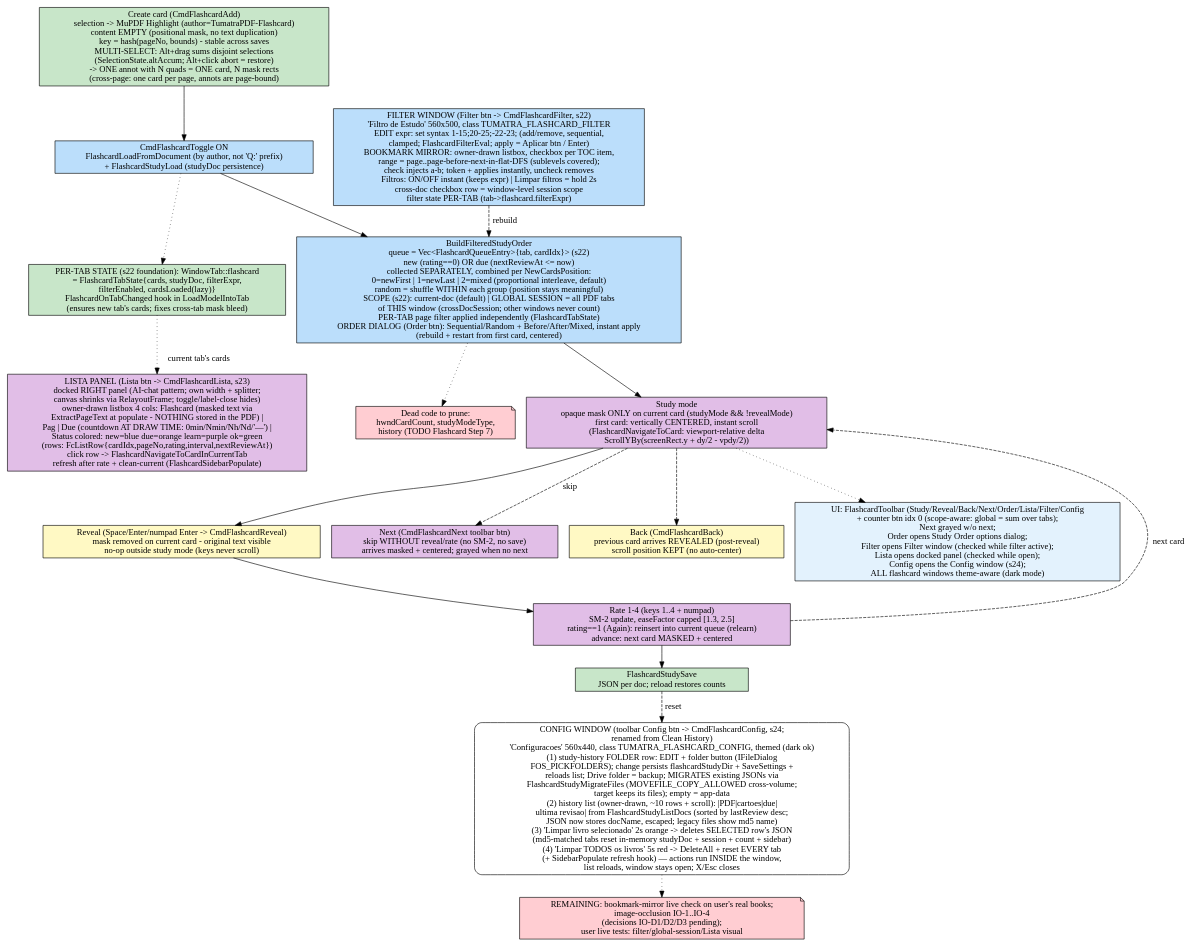
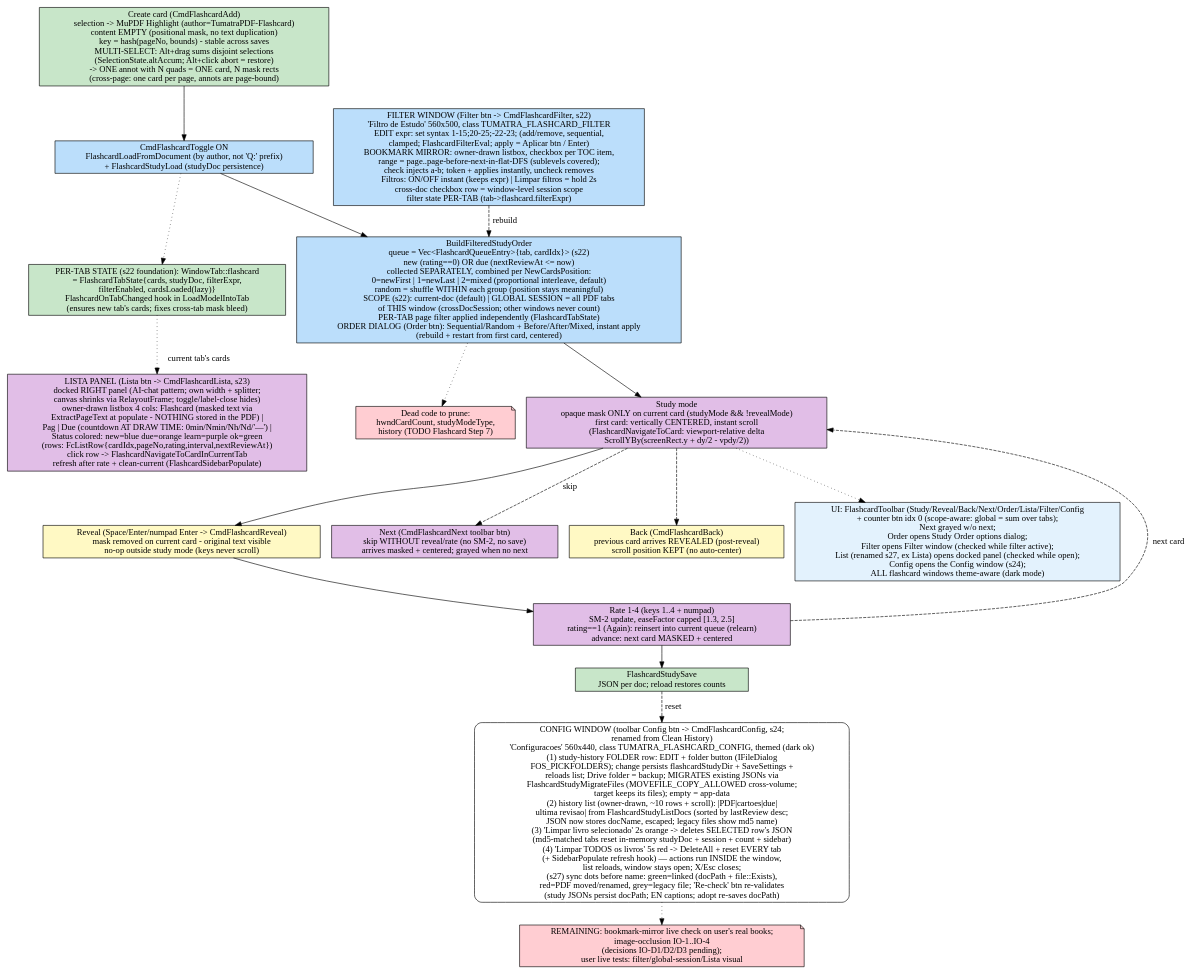
One commit to FelipeTesta/TumatraPDF changed the diagram in FLOW/flashcard.dot. Above: the diagram before and after it, drawn with Graphviz. The commit also changed 16 other files, not shown here.

First line of the commit message:
feat(flashcard): sync markers + Re-check + context-aware trim lines (s27+s28)

```diff
--- a/FLOW/flashcard.dot
+++ b/FLOW/flashcard.dot
@@ -1,37 +1,37 @@
 digraph Flashcard {
     rankdir=TB;
     node [shape=box, style=rounded];
 
     create [label="Create card (CmdFlashcardAdd)\nselection -> MuPDF Highlight (author=TumatraPDF-Flashcard)\ncontent EMPTY (positional mask, no text duplication)\nkey = hash(pageNo, bounds) - stable across saves\nMULTI-SELECT: Alt+drag sums disjoint selections\n(SelectionState.altAccum; Alt+click abort = restore)\n-> ONE annot with N quads = ONE card, N mask rects\n(cross-page: one card per page, annots are page-bound)", fillcolor="#c8e6c9", style=filled];
     load [label="CmdFlashcardToggle ON\nFlashcardLoadFromDocument (by author, not 'Q:' prefix)\n+ FlashcardStudyLoad (studyDoc persistence)", fillcolor="#bbdefb", style=filled];
     filter [label="BuildFilteredStudyOrder\nqueue = Vec<FlashcardQueueEntry>{tab, cardIdx}> (s22)\nnew (rating==0) OR due (nextReviewAt <= now)\ncollected SEPARATELY, combined per NewCardsPosition:\n0=newFirst | 1=newLast | 2=mixed (proportional interleave, default)\nrandom = shuffle WITHIN each group (position stays meaningful)\nSCOPE (s22): current-doc (default) | GLOBAL SESSION = all PDF tabs\nof THIS window (crossDocSession; other windows never count)\nPER-TAB page filter applied independently (FlashcardTabState)\nORDER DIALOG (Order btn): Sequential/Random + Before/After/Mixed, instant apply\n(rebuild + restart from first card, centered)", fillcolor="#bbdefb", style=filled];
     filterdlg [label="FILTER WINDOW (Filter btn -> CmdFlashcardFilter, s22)\n'Filtro de Estudo' 560x500, class TUMATRA_FLASHCARD_FILTER\nEDIT expr: set syntax 1-15;20-25;-22-23; (add/remove, sequential,\nclamped; FlashcardFilterEval; apply = Aplicar btn / Enter)\nBOOKMARK MIRROR: owner-drawn listbox, checkbox per TOC item,\nrange = page..page-before-next-in-flat-DFS (sublevels covered);\ncheck injects a-b; token + applies instantly, uncheck removes\nFiltros: ON/OFF instant (keeps expr) | Limpar filtros = hold 2s\ncross-doc checkbox row = window-level session scope\nfilter state PER-TAB (tab->flashcard.filterExpr)", fillcolor="#bbdefb", style=filled];
     filterdlg -> filter [style=dashed, label="rebuild"];
     study [label="Study mode\nopaque mask ONLY on current card (studyMode && !revealMode)\nfirst card: vertically CENTERED, instant scroll\n(FlashcardNavigateToCard: viewport-relative delta\nScrollYBy(screenRect.y + dy/2 - vpdy/2))", fillcolor="#e1bee7", style=filled];
     reveal [label="Reveal (Space/Enter/numpad Enter -> CmdFlashcardReveal)\nmask removed on current card - original text visible\nno-op outside study mode (keys never scroll)", fillcolor="#fff9c4", style=filled];
     rate [label="Rate 1-4 (keys 1..4 + numpad)\nSM-2 update, easeFactor capped [1.3, 2.5]\nrating==1 (Again): reinsert into current queue (relearn)\nadvance: next card MASKED + centered", fillcolor="#e1bee7", style=filled];
     next [label="Next (CmdFlashcardNext toolbar btn)\nskip WITHOUT reveal/rate (no SM-2, no save)\narrives masked + centered; grayed when no next", fillcolor="#e1bee7", style=filled];
     back [label="Back (CmdFlashcardBack)\nprevious card arrives REVEALED (post-reveal)\nscroll position KEPT (no auto-center)", fillcolor="#fff9c4", style=filled];
     persist [label="FlashcardStudySave\nJSON per doc; reload restores counts", fillcolor="#c8e6c9", style=filled];
 
     create -> load -> filter -> study -> reveal -> rate -> persist;
     rate -> study [style=dashed, label="next card"];
     study -> next [style=dashed, label="skip"];
     study -> back [style=dashed];
 
-    clean [label="CONFIG WINDOW (toolbar Config btn -> CmdFlashcardConfig, s24;\nrenamed from Clean History)\n'Configuracoes' 560x440, class TUMATRA_FLASHCARD_CONFIG, themed (dark ok)\n(1) study-history FOLDER row: EDIT + folder button (IFileDialog\nFOS_PICKFOLDERS); change persists flashcardStudyDir + SaveSettings +\nreloads list; Drive folder = backup; MIGRATES existing JSONs via\nFlashcardStudyMigrateFiles (MOVEFILE_COPY_ALLOWED cross-volume;\ntarget keeps its files); empty = app-data\n(2) history list (owner-drawn, ~10 rows + scroll): |PDF|cartoes|due|\nultima revisao| from FlashcardStudyListDocs (sorted by lastReview desc;\nJSON now stores docName, escaped; legacy files show md5 name)\n(3) 'Limpar livro selecionado' 2s orange -> deletes SELECTED row's JSON\n(md5-matched tabs reset in-memory studyDoc + session + count + sidebar)\n(4) 'Limpar TODOS os livros' 5s red -> DeleteAll + reset EVERY tab\n(+ SidebarPopulate refresh hook) — actions run INSIDE the window,\nlist reloads, window stays open; X/Esc closes"];
+    clean [label="CONFIG WINDOW (toolbar Config btn -> CmdFlashcardConfig, s24;\nrenamed from Clean History)\n'Configuracoes' 560x440, class TUMATRA_FLASHCARD_CONFIG, themed (dark ok)\n(1) study-history FOLDER row: EDIT + folder button (IFileDialog\nFOS_PICKFOLDERS); change persists flashcardStudyDir + SaveSettings +\nreloads list; Drive folder = backup; MIGRATES existing JSONs via\nFlashcardStudyMigrateFiles (MOVEFILE_COPY_ALLOWED cross-volume;\ntarget keeps its files); empty = app-data\n(2) history list (owner-drawn, ~10 rows + scroll): |PDF|cartoes|due|\nultima revisao| from FlashcardStudyListDocs (sorted by lastReview desc;\nJSON now stores docName, escaped; legacy files show md5 name)\n(3) 'Limpar livro selecionado' 2s orange -> deletes SELECTED row's JSON\n(md5-matched tabs reset in-memory studyDoc + session + count + sidebar)\n(4) 'Limpar TODOS os livros' 5s red -> DeleteAll + reset EVERY tab\n(+ SidebarPopulate refresh hook) — actions run INSIDE the window,\nlist reloads, window stays open; X/Esc closes;\n(s27) sync dots before name: green=linked (docPath + file::Exists),\nred=PDF moved/renamed, grey=legacy file; 'Re-check' btn re-validates\n(study JSONs persist docPath; EN captions; adopt re-saves docPath)"];
     persist -> clean [style=dashed, label="reset"];
     lista [label="LISTA PANEL (Lista btn -> CmdFlashcardLista, s23)\ndocked RIGHT panel (AI-chat pattern; own width + splitter;\ncanvas shrinks via RelayoutFrame; toggle/label-close hides)\nowner-drawn listbox 4 cols: Flashcard (masked text via\nExtractPageText at populate - NOTHING stored in the PDF) |\nPag | Due (countdown AT DRAW TIME: 0min/Nmin/Nh/Nd/'—') |\nStatus colored: new=blue due=orange learn=purple ok=green\n(rows: FcListRow{cardIdx,pageNo,rating,interval,nextReviewAt})\nclick row -> FlashcardNavigateToCardInCurrentTab\nrefresh after rate + clean-current (FlashcardSidebarPopulate)", fillcolor="#e1bee7", style=filled];
     pertab -> lista [style=dotted, label="current tab's cards"];
     pending [label="REMAINING: bookmark-mirror live check on user's real books;\nimage-occlusion IO-1..IO-4\n(decisions IO-D1/D2/D3 pending);\nuser live tests: filter/global-session/Lista visual", shape=note, fillcolor="#ffcdd2", style=filled];
     clean -> pending [style=dotted];
 
     dead [label="Dead code to prune:\nhwndCardCount, studyModeType,\nhistory (TODO Flashcard Step 7)", shape=note, fillcolor="#ffcdd2", style=filled];
     filter -> dead [style=dotted];
 
-    ui [label="UI: FlashcardToolbar (Study/Reveal/Back/Next/Order/Lista/Filter/Config\n+ counter btn idx 0 (scope-aware: global = sum over tabs);\nNext grayed w/o next;\nOrder opens Study Order options dialog;\nFilter opens Filter window (checked while filter active);\nLista opens docked panel (checked while open);\nConfig opens the Config window (s24);\nALL flashcard windows theme-aware (dark mode)", shape=box, fillcolor="#e3f2fd", style=filled];
+    ui [label="UI: FlashcardToolbar (Study/Reveal/Back/Next/Order/Lista/Filter/Config\n+ counter btn idx 0 (scope-aware: global = sum over tabs);\nNext grayed w/o next;\nOrder opens Study Order options dialog;\nFilter opens Filter window (checked while filter active);\nList (renamed s27, ex Lista) opens docked panel (checked while open);\nConfig opens the Config window (s24);\nALL flashcard windows theme-aware (dark mode)", shape=box, fillcolor="#e3f2fd", style=filled];
     study -> ui [style=dotted];
 
     pertab [label="PER-TAB STATE (s22 foundation): WindowTab::flashcard\n= FlashcardTabState{cards, studyDoc, filterExpr,\nfilterEnabled, cardsLoaded(lazy)}\nFlashcardOnTabChanged hook in LoadModelIntoTab\n(ensures new tab's cards; fixes cross-tab mask bleed)", fillcolor="#c8e6c9", style=filled];
     load -> pertab [style=dotted];
 }
```
